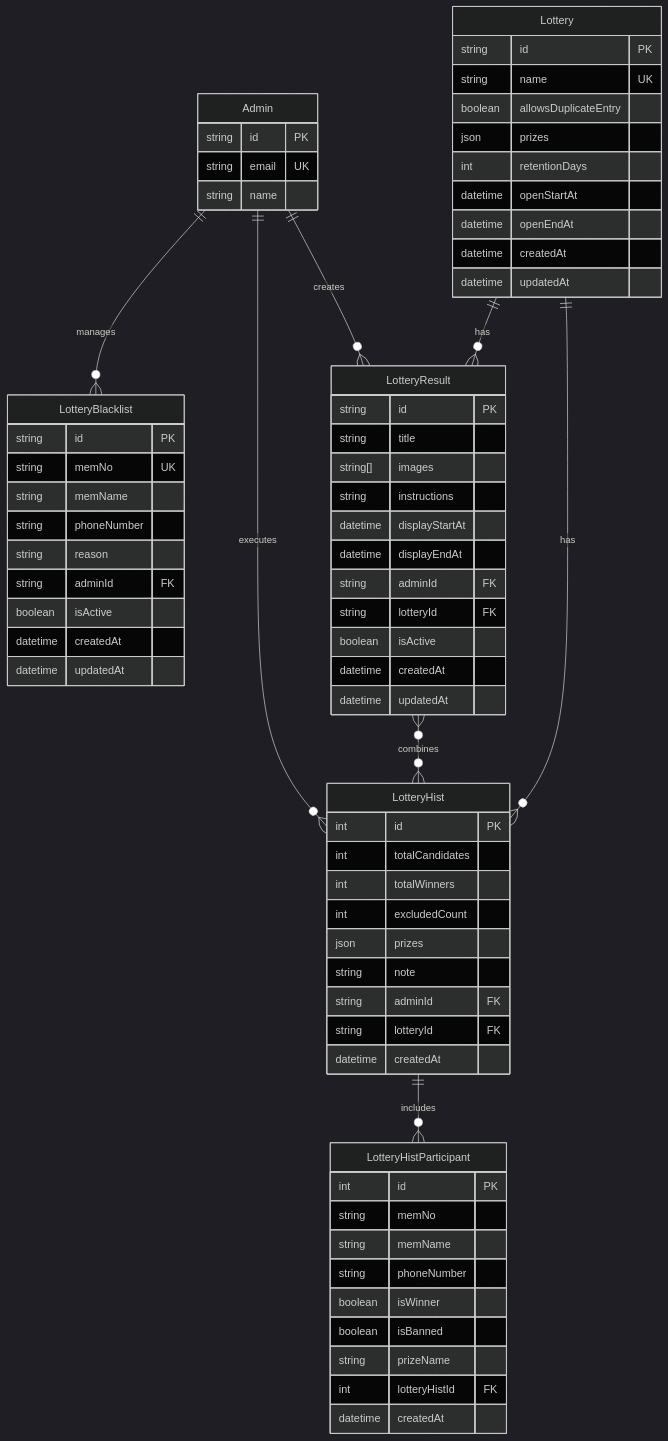
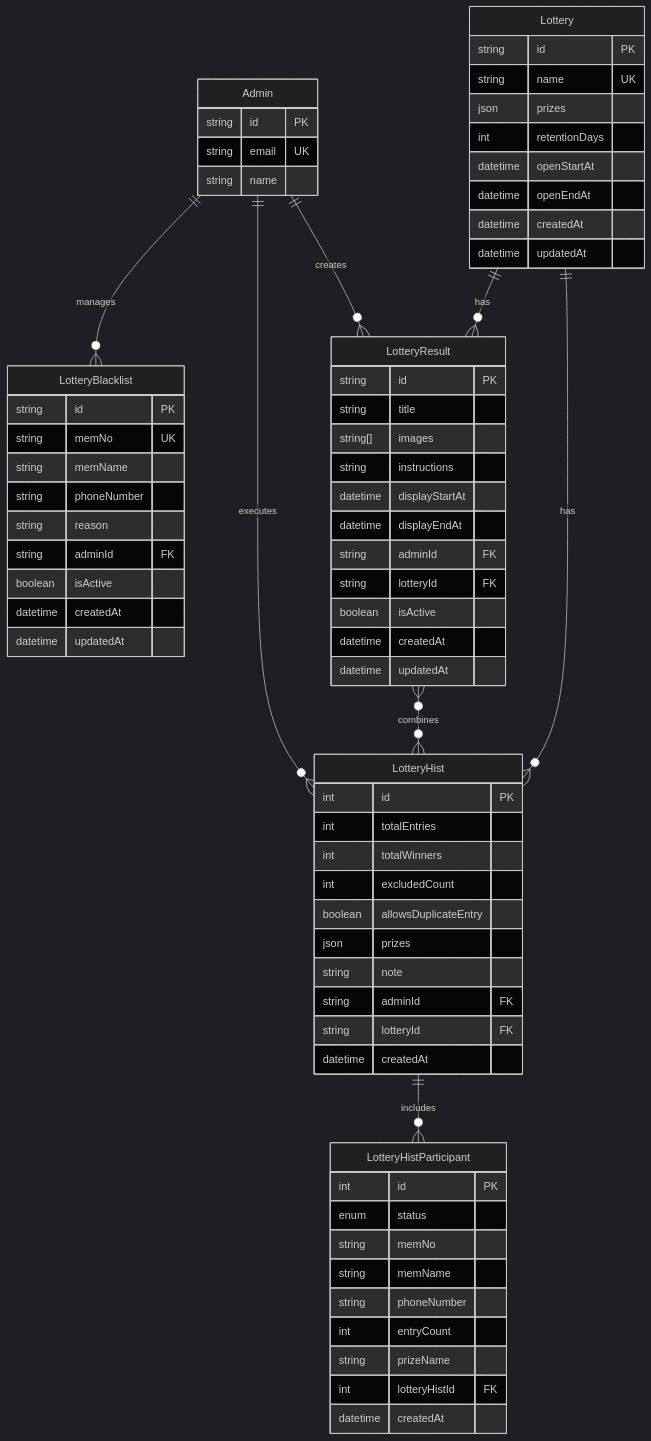
Before and after one commit to sh5080/backlog-auto-sync: the diagram in docs/lottery-system/lottery-erd.mdx, drawn with Mermaid (dark theme). The commit also changed other lines of this file and 2 other files, not shown here.

````diff
--- a/docs/lottery-system/lottery-erd.mdx
+++ b/docs/lottery-system/lottery-erd.mdx
@@ -7,78 +7,78 @@
 ```mermaid
 erDiagram
     Lottery {
         string id PK
         string name UK
-        boolean allowsDuplicateEntry
         json prizes
         int retentionDays
         datetime openStartAt
         datetime openEndAt
         datetime createdAt
         datetime updatedAt
     }
 
     LotteryBlacklist {
         string id PK
         string memNo UK
         string memName
         string phoneNumber
         string reason
         string adminId FK
         boolean isActive
         datetime createdAt
         datetime updatedAt
     }
 
     LotteryHistParticipant {
         int id PK
+        enum status
         string memNo
         string memName
         string phoneNumber
-        boolean isWinner
-        boolean isBanned
+        int entryCount
         string prizeName
         int lotteryHistId FK
         datetime createdAt
     }
 
     LotteryHist {
         int id PK
-        int totalCandidates
+        int totalEntries
         int totalWinners
         int excludedCount
+        boolean allowsDuplicateEntry
         json prizes
         string note
         string adminId FK
         string lotteryId FK
         datetime createdAt
     }
 
     LotteryResult {
         string id PK
         string title
         string[] images
         string instructions
         datetime displayStartAt
         datetime displayEndAt
         string adminId FK
         string lotteryId FK
         boolean isActive
         datetime createdAt
         datetime updatedAt
     }
 
     Admin {
         string id PK
         string email UK
         string name
     }
 
     Lottery ||--o{ LotteryHist : "has"
     Lottery ||--o{ LotteryResult : "has"
     LotteryHist ||--o{ LotteryHistParticipant : "includes"
     LotteryResult }o--o{ LotteryHist : "combines"
     Admin ||--o{ LotteryBlacklist : "manages"
     Admin ||--o{ LotteryHist : "executes"
     Admin ||--o{ LotteryResult : "creates"
 ```
````
